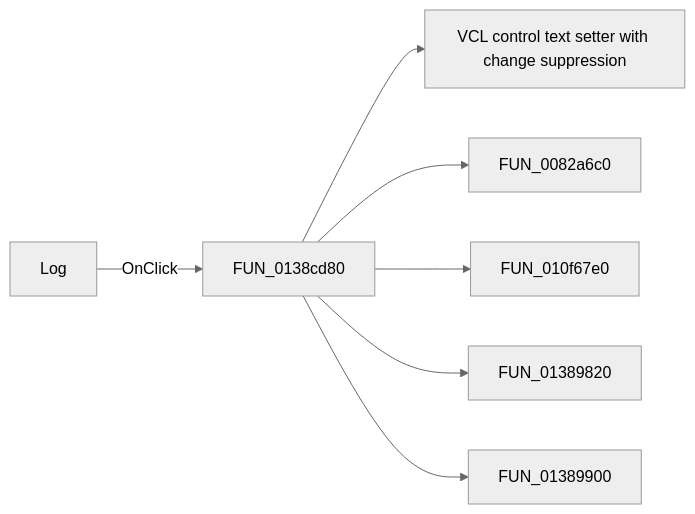
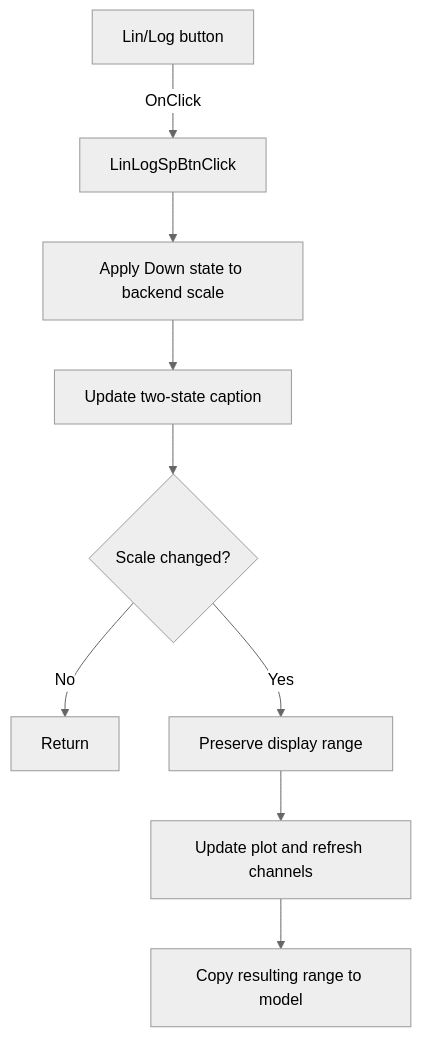
One commit to MovGP0/TIARA changed the diagram in docs/ui-controls/signalanalyzerwin/linlogspbtn-f221d64aa3.md. Above: the diagram before and after it, drawn with Mermaid (neutral theme). The commit also changed other lines of this file and 1062 other files, not shown here.

````diff
--- a/docs/ui-controls/signalanalyzerwin/linlogspbtn-f221d64aa3.md
+++ b/docs/ui-controls/signalanalyzerwin/linlogspbtn-f221d64aa3.md
@@ -27,9 +29,11 @@
 ```mermaid
-flowchart LR
-    control["Log"] -->|OnClick| handler["FUN_0138cd80"]
-    handler --> call1["VCL control text setter with change suppression"]
-    handler --> call2["FUN_0082a6c0"]
-    handler --> call3["FUN_010f67e0"]
-    handler --> call4["FUN_01389820"]
-    handler --> call5["FUN_01389900"]
+flowchart TD
+    control["Lin/Log button"] -->|OnClick| handler["LinLogSpBtnClick"]
+    handler --> apply["Apply Down state to backend scale"]
+    apply --> caption["Update two-state caption"]
+    caption --> changed{"Scale changed?"}
+    changed -->|No| done["Return"]
+    changed -->|Yes| preserve["Preserve display range"]
+    preserve --> plot["Update plot and refresh channels"]
+    plot --> restore["Copy resulting range to model"]
 ```
````
